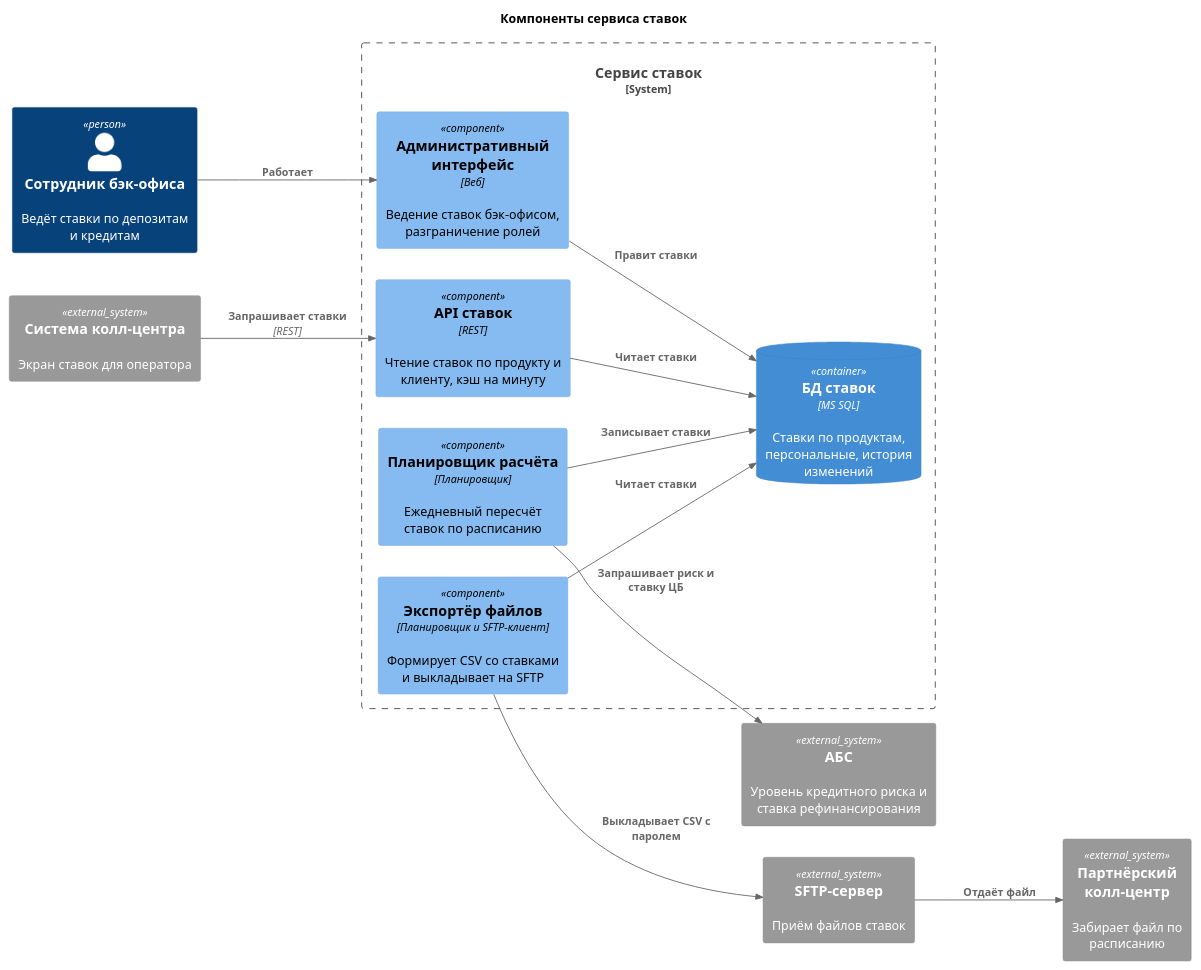
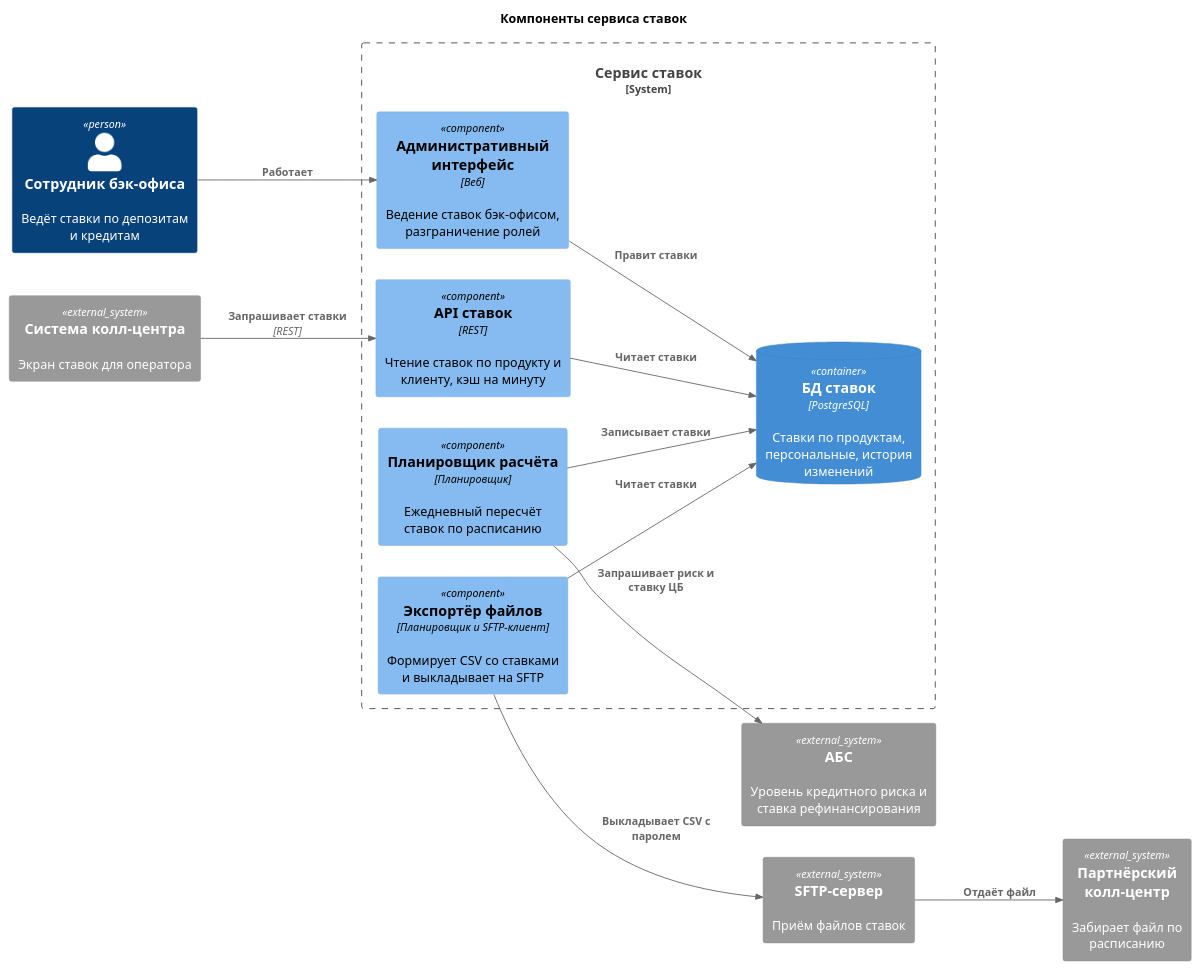
The diagram in Task4/c4-components.puml (navartis/s3-architecture-pro-standart), drawn with PlantUML before and after one commit. The commit also changed 3 other files, not shown here.

```diff
--- a/Task4/c4-components.puml
+++ b/Task4/c4-components.puml
@@ -1,32 +1,32 @@
 @startuml
 !include <C4/C4_Component>
 
 LAYOUT_LEFT_RIGHT()
 title Компоненты сервиса ставок
 
 Person(backoffice, "Сотрудник бэк-офиса", "Ведёт ставки по депозитам и кредитам")
 
 System_Boundary(rate_b, "Сервис ставок") {
   Component(api, "API ставок", "REST", "Чтение ставок по продукту и клиенту, кэш на минуту")
   Component(sched, "Планировщик расчёта", "Планировщик", "Ежедневный пересчёт ставок по расписанию")
   Component(admin, "Административный интерфейс", "Веб", "Ведение ставок бэк-офисом, разграничение ролей")
   Component(exp, "Экспортёр файлов", "Планировщик и SFTP-клиент", "Формирует CSV со ставками и выкладывает на SFTP")
-  ContainerDb(db, "БД ставок", "MS SQL", "Ставки по продуктам, персональные, история изменений")
+  ContainerDb(db, "БД ставок", "PostgreSQL", "Ставки по продуктам, персональные, история изменений")
 }
 
 System_Ext(cc, "Система колл-центра", "Экран ставок для оператора")
 System_Ext(abs, "АБС", "Уровень кредитного риска и ставка рефинансирования")
 System_Ext(sftp, "SFTP-сервер", "Приём файлов ставок")
 System_Ext(partner, "Партнёрский колл-центр", "Забирает файл по расписанию")
 
 Rel(backoffice, admin, "Работает")
 Rel(cc, api, "Запрашивает ставки", "REST")
 Rel(api, db, "Читает ставки")
 Rel(sched, abs, "Запрашивает риск и ставку ЦБ")
 Rel(sched, db, "Записывает ставки")
 Rel(admin, db, "Правит ставки")
 Rel(exp, db, "Читает ставки")
 Rel(exp, sftp, "Выкладывает CSV с паролем")
 Rel(sftp, partner, "Отдаёт файл")
 
 @enduml
```
